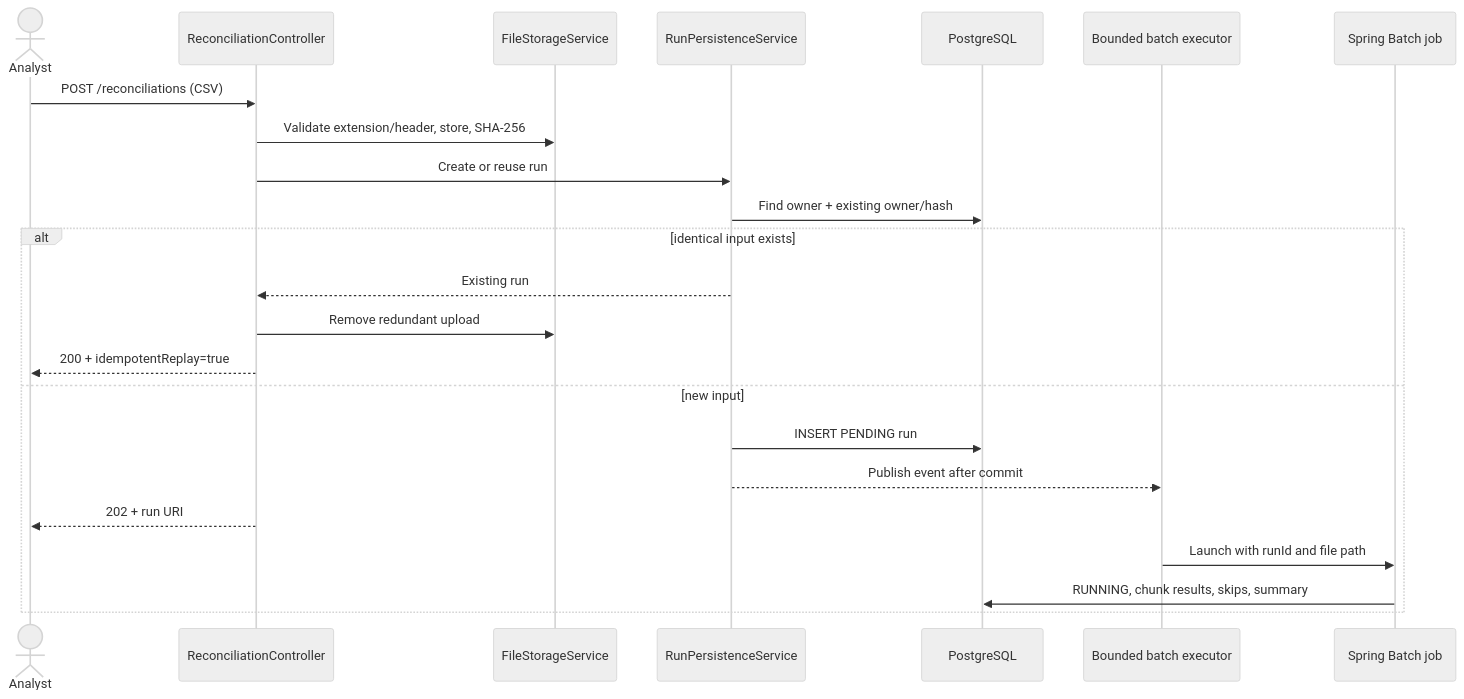
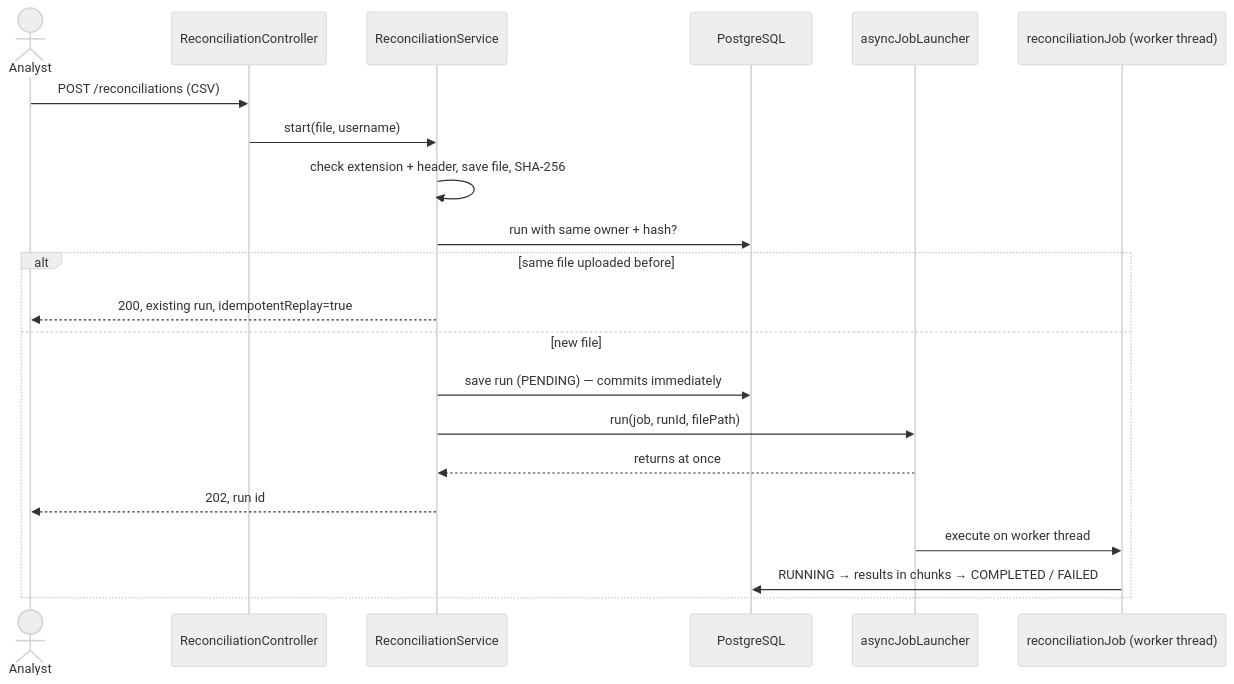
One commit to YashwardhanV/Balance-Trail changed the second of 4 diagrams in docs/ARCHITECTURE.md. Above: the diagram before and after it, drawn with Mermaid (neutral theme). The commit also changed other lines of this file and 13 other files, not shown here.

````diff
--- a/docs/ARCHITECTURE.md
+++ b/docs/ARCHITECTURE.md
@@ -36,26 +30,24 @@
 ```mermaid
 sequenceDiagram
     actor Analyst
     participant API as ReconciliationController
-    participant Storage as FileStorageService
-    participant TX as RunPersistenceService
+    participant Svc as ReconciliationService
     participant DB as PostgreSQL
-    participant Worker as Bounded batch executor
-    participant Job as Spring Batch job
+    participant Launcher as asyncJobLauncher
+    participant Job as reconciliationJob (worker thread)
 
     Analyst->>API: POST /reconciliations (CSV)
-    API->>Storage: Validate extension/header, store, SHA-256
-    API->>TX: Create or reuse run
-    TX->>DB: Find owner + existing owner/hash
-    alt identical input exists
-        TX-->>API: Existing run
-        API->>Storage: Remove redundant upload
-        API-->>Analyst: 200 + idempotentReplay=true
-    else new input
-        TX->>DB: INSERT PENDING run
-        TX-->>Worker: Publish event after commit
-        API-->>Analyst: 202 + run URI
-        Worker->>Job: Launch with runId and file path
-        Job->>DB: RUNNING, chunk results, skips, summary
+    API->>Svc: start(file, username)
+    Svc->>Svc: check extension + header, save file, SHA-256
+    Svc->>DB: run with same owner + hash?
+    alt same file uploaded before
+        Svc-->>Analyst: 200, existing run, idempotentReplay=true
+    else new file
+        Svc->>DB: save run (PENDING) — commits immediately
+        Svc->>Launcher: run(job, runId, filePath)
+        Launcher-->>Svc: returns at once
+        Svc-->>Analyst: 202, run id
+        Launcher->>Job: execute on worker thread
+        Job->>DB: RUNNING → results in chunks → COMPLETED / FAILED
     end
 ```
````
